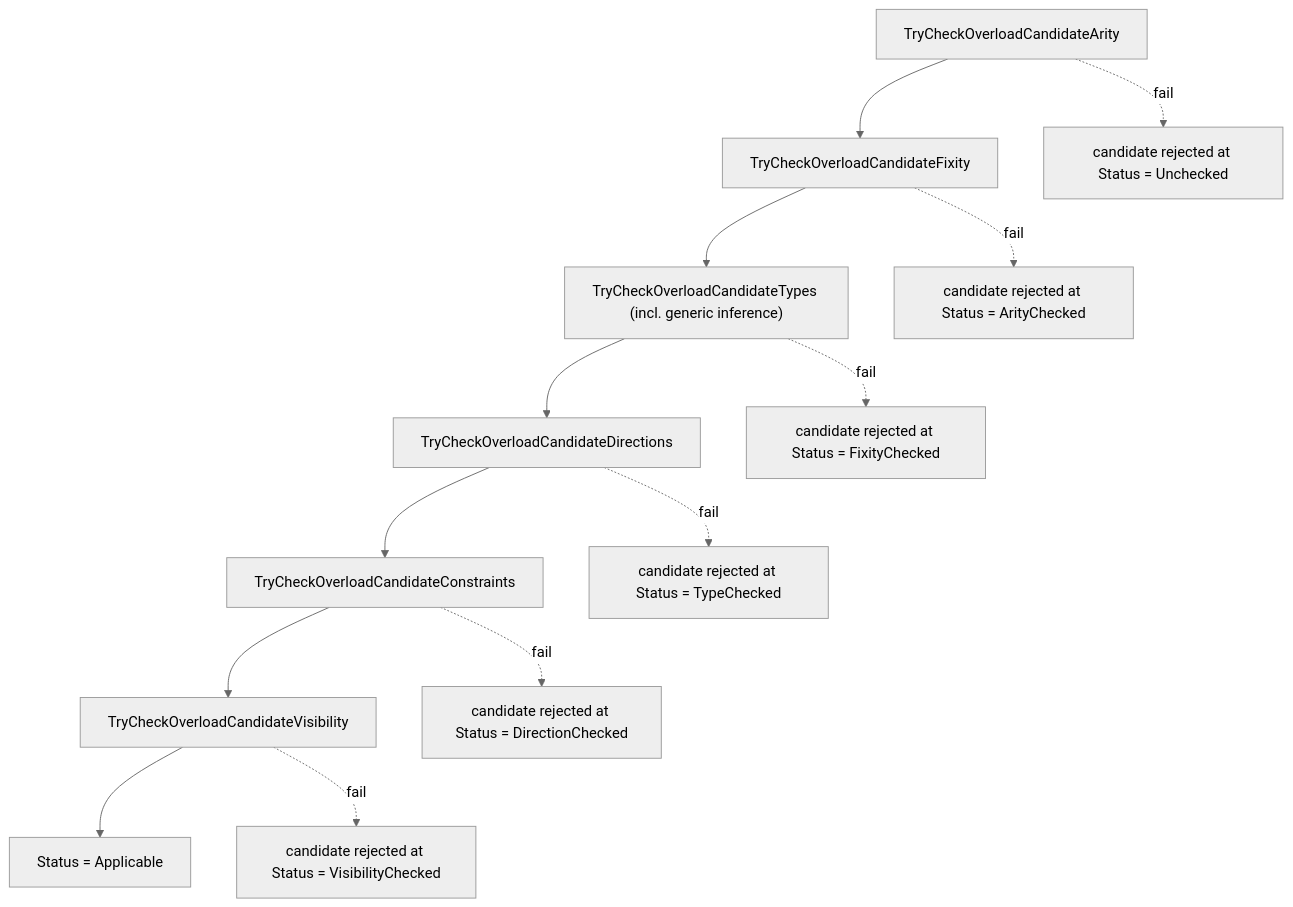
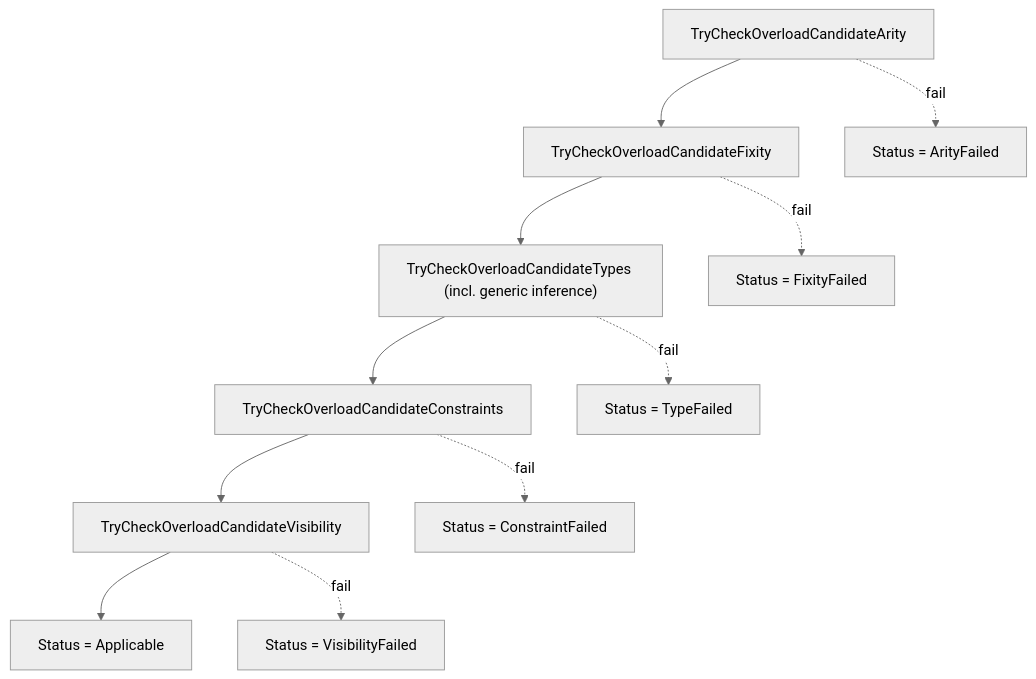
Before and after one commit to shader-slang/slang: the diagram in docs/generated/design/name-resolution/overload-resolution.md, drawn with Mermaid (neutral theme). The commit also changed other lines of this file and 109 other files, not shown here.

````diff
--- a/docs/generated/design/name-resolution/overload-resolution.md
+++ b/docs/generated/design/name-resolution/overload-resolution.md
@@ -199,17 +199,15 @@
 ```mermaid
 flowchart TB
   arity["TryCheckOverloadCandidateArity"]
   fix["TryCheckOverloadCandidateFixity"]
   types["TryCheckOverloadCandidateTypes (incl. generic inference)"]
-  dirs["TryCheckOverloadCandidateDirections"]
   cstr["TryCheckOverloadCandidateConstraints"]
   vis["TryCheckOverloadCandidateVisibility"]
   applicable["Status = Applicable"]
-  arity --> fix --> types --> dirs --> cstr --> vis --> applicable
-  arity -. fail .-> reject1["candidate rejected at Status = Unchecked"]
-  fix -. fail .-> reject2["candidate rejected at Status = ArityChecked"]
-  types -. fail .-> reject3["candidate rejected at Status = FixityChecked"]
-  dirs -. fail .-> reject4["candidate rejected at Status = TypeChecked"]
-  cstr -. fail .-> reject5["candidate rejected at Status = DirectionChecked"]
-  vis -. fail .-> reject6["candidate rejected at Status = VisibilityChecked"]
+  arity --> fix --> types --> cstr --> vis --> applicable
+  arity -. fail .-> reject1["Status = ArityFailed"]
+  fix -. fail .-> reject2["Status = FixityFailed"]
+  types -. fail .-> reject3["Status = TypeFailed"]
+  cstr -. fail .-> reject4["Status = ConstraintFailed"]
+  vis -. fail .-> reject5["Status = VisibilityFailed"]
 ```
````
